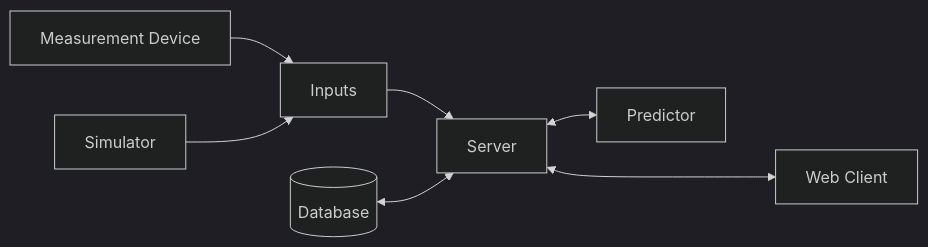
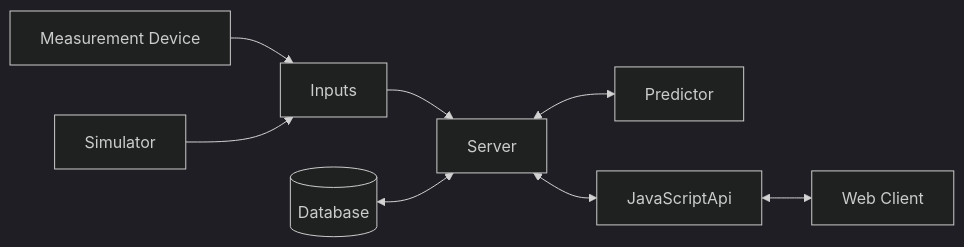
The diagram in docs/index.md (phofmeier/temperatur_server), drawn with Mermaid (dark theme) before and after one commit. The commit also changed other lines of this file, not shown here.

````diff
--- a/docs/index.md
+++ b/docs/index.md
@@ -9,17 +9,19 @@
 ```mermaid
 flowchart LR
 meas[Measurement Device]
 sim[Simulator]
 inputs[Inputs]
 database[(Database)]
 server[Server]
 predictor[Predictor]
+JavaScriptApi[JavaScriptApi]
 gui[Web Client]
 
 meas --> inputs
 sim --> inputs
 inputs --> server
 database <--> server
 server <--> predictor
-server <---> gui
+server <--> JavaScriptApi
+JavaScriptApi <--> gui
 ```
````
